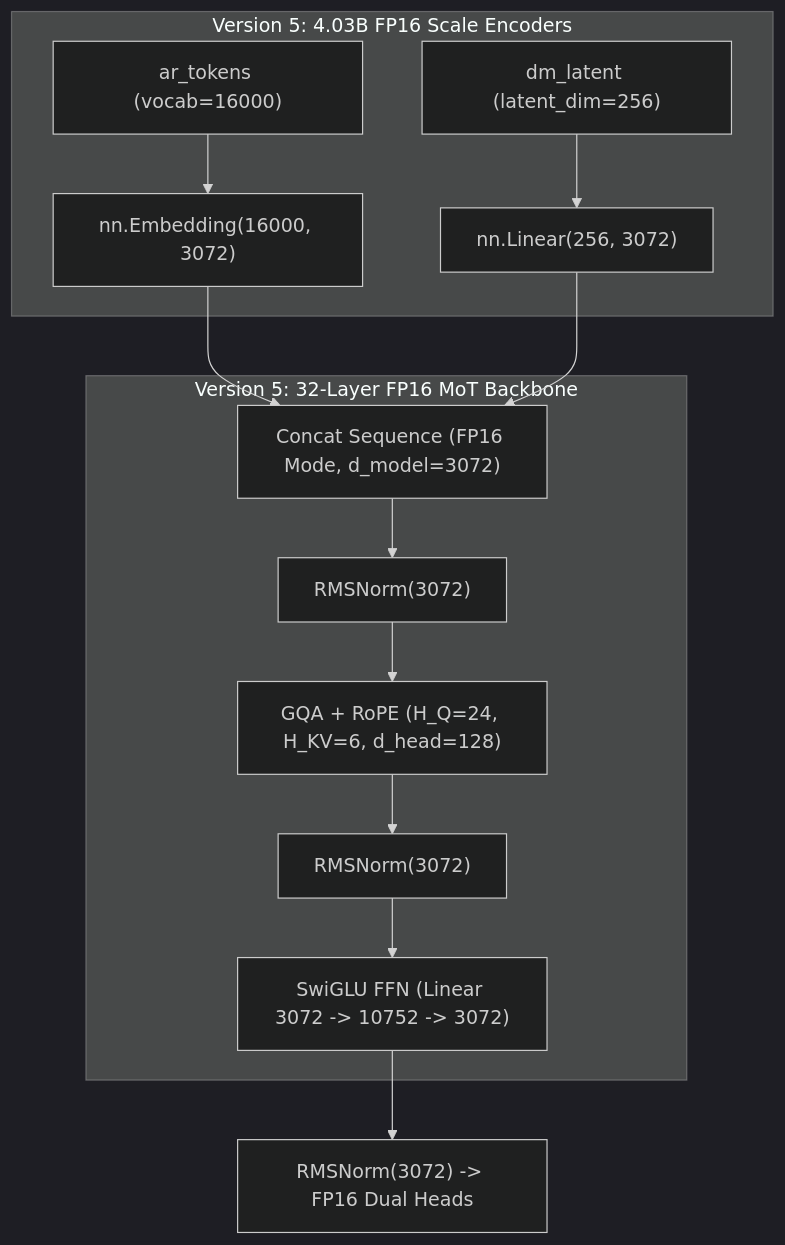
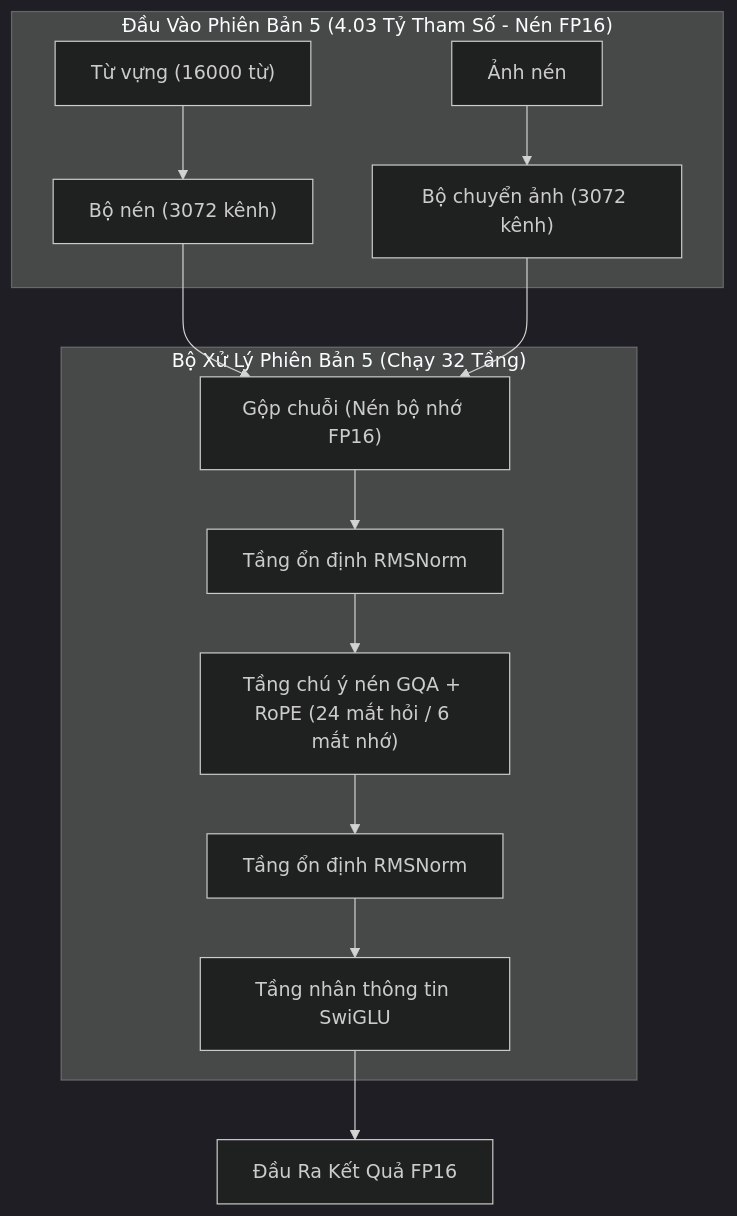
The sixth of 8 diagrams in VERSION_COMPARISON.md (datascience180806/mini_cosmos), drawn with Mermaid (dark theme) before and after one commit. The commit also changed other lines of this file, not shown here.

Commit message:
Simplify language in VERSION_COMPARISON.md by replacing math formulas and technical terms with clear, intuitive Vietnamese concepts

````diff
--- a/VERSION_COMPARISON.md
+++ b/VERSION_COMPARISON.md
@@ -174,19 +180,19 @@
 ```mermaid
 flowchart TD
-    subgraph V5_INPUTS["Version 5: 4.03B FP16 Scale Encoders"]
-        V5_AR["ar_tokens (vocab=16000)"] --> V5_EMB["nn.Embedding(16000, 3072)"]
-        V5_DM["dm_latent (latent_dim=256)"] --> V5_PROJ["nn.Linear(256, 3072)"]
+    subgraph V5_INPUTS["Đầu Vào Phiên Bản 5 (4.03 Tỷ Tham Số - Nén FP16)"]
+        V5_AR["Từ vựng (16000 từ)"] --> V5_EMB["Bộ nén (3072 kênh)"]
+        V5_DM["Ảnh nén"] --> V5_PROJ["Bộ chuyển ảnh (3072 kênh)"]
     end
 
-    V5_EMB --> V5_CAT["Concat Sequence (FP16 Mode, d_model=3072)"]
+    V5_EMB --> V5_CAT["Gộp chuỗi (Nén bộ nhớ FP16)"]
     V5_PROJ --> V5_CAT
 
-    subgraph V5_BLOCKS["Version 5: 32-Layer FP16 MoT Backbone"]
-        V5_CAT --> V5_RMS1["RMSNorm(3072)"]
-        V5_RMS1 --> V5_GQA["GQA + RoPE (H_Q=24, H_KV=6, d_head=128)"]
-        V5_GQA --> V5_RMS2["RMSNorm(3072)"]
-        V5_RMS2 --> V5_SWIGLU["SwiGLU FFN (Linear 3072 -> 10752 -> 3072)"]
+    subgraph V5_BLOCKS["Bộ Xử Lý Phiên Bản 5 (Chạy 32 Tầng)"]
+        V5_CAT --> V5_RMS1["Tầng ổn định RMSNorm"]
+        V5_RMS1 --> V5_GQA["Tầng chú ý nén GQA + RoPE (24 mắt hỏi / 6 mắt nhớ)"]
+        V5_GQA --> V5_RMS2["Tầng ổn định RMSNorm"]
+        V5_RMS2 --> V5_SWIGLU["Tầng nhân thông tin SwiGLU"]
     end
 
-    V5_SWIGLU --> V5_OUT["RMSNorm(3072) -> FP16 Dual Heads"]
+    V5_SWIGLU --> V5_OUT["Đầu Ra Kết Quả FP16"]
 ```
````
